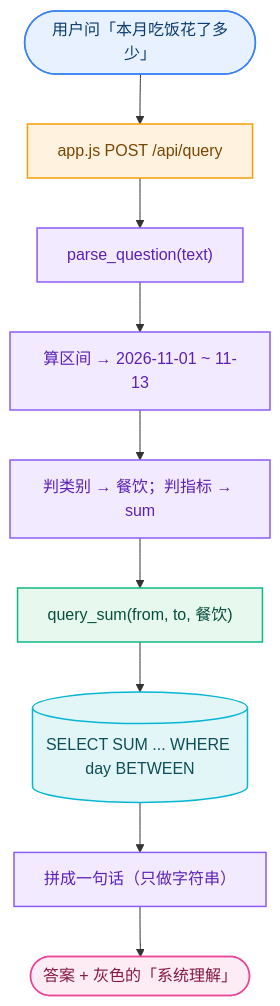
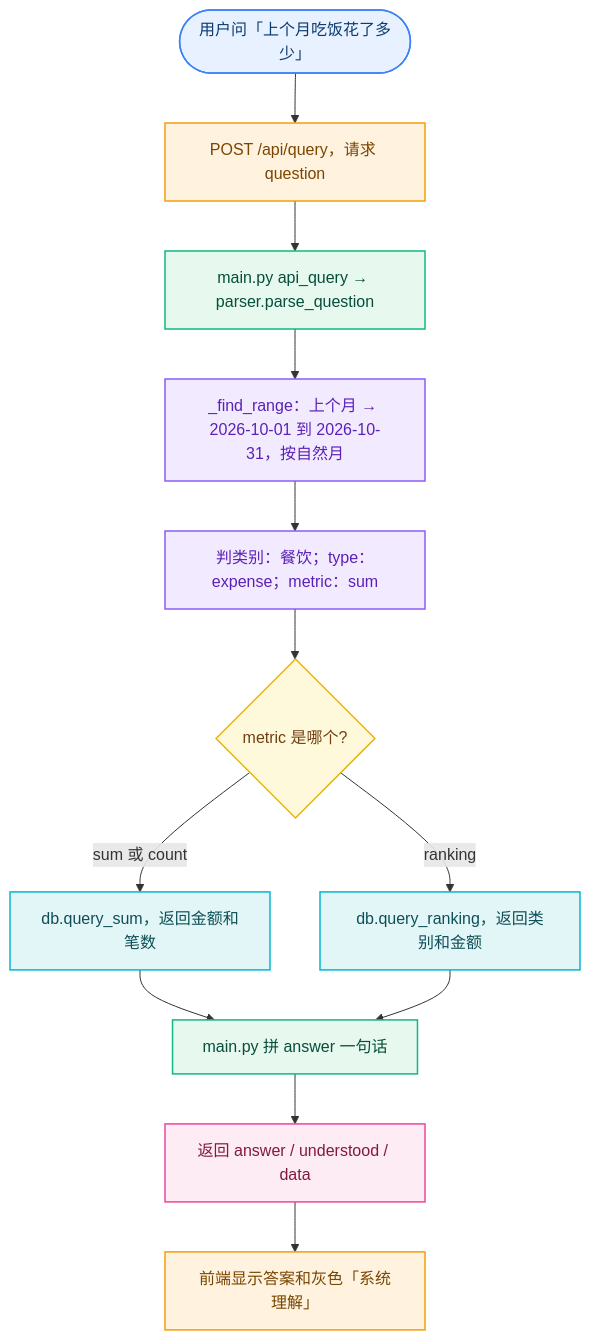
Before and after one commit to me648648648/money-trace-ai: the second of 2 diagrams in docs/流程图.md, drawn with Mermaid. The commit also changed other lines of this file and 3 other files, not shown here.

Commit message:
加 v1 废弃声明、流程图更新到 v2、新增 B/C 返工单

````diff
--- a/docs/流程图.md
+++ b/docs/流程图.md
@@ -46,19 +68,23 @@
 ```mermaid
 %% 和上面同一套配色，紫色那一段就是「理解层」，它只出条件、不算钱
 flowchart TD
-  Q(["用户问「本月吃饭花了多少」"]):::entry --> Q1["app.js POST /api/query"]:::front
-  Q1 --> Q2["parse_question(text)"]:::parse
-  Q2 --> Q3["算区间 → 2026-11-01 ~ 11-13"]:::parse
-  Q3 --> Q4["判类别 → 餐饮；判指标 → sum"]:::parse
-  Q4 --> Q5["query_sum(from, to, 餐饮)"]:::api
-  Q5 --> Q6[("SELECT SUM ... WHERE day BETWEEN")]:::data
-  Q6 --> Q7["拼成一句话（只做字符串）"]:::parse
-  Q7 --> Q8(["答案 + 灰色的「系统理解」"]):::out
+  Q(["用户问「上个月吃饭花了多少」"]):::entry --> Q1["POST /api/query，请求 question"]:::front
+  Q1 --> Q2["main.py api_query → parser.parse_question"]:::api
+  Q2 --> Q3["_find_range：上个月 → 2026-10-01 到 2026-10-31，按自然月"]:::parse
+  Q3 --> Q4["判类别：餐饮；type：expense；metric：sum"]:::parse
+  Q4 --> Q5{"metric 是哪个?"}:::decision
+  Q5 -->|sum 或 count| Q6["db.query_sum，返回金额和笔数"]:::data
+  Q5 -->|ranking| Q7["db.query_ranking，返回类别和金额"]:::data
+  Q6 --> Q8["main.py 拼 answer 一句话"]:::api
+  Q7 --> Q8
+  Q8 --> Q9["返回 answer / understood / data"]:::out
+  Q9 --> Q10["前端显示答案和灰色「系统理解」"]:::front
 
   classDef entry fill:#E8F1FF,stroke:#3B82F6,stroke-width:1.5px,color:#0B3B6F
   classDef front fill:#FFF3E0,stroke:#F59E0B,stroke-width:1.5px,color:#7A4500
+  classDef api fill:#E7F8EF,stroke:#10B981,stroke-width:1.5px,color:#064E3B
   classDef parse fill:#F2EBFF,stroke:#8B5CF6,stroke-width:1.5px,color:#5B21B6
-  classDef api fill:#E7F8EF,stroke:#10B981,stroke-width:1.5px,color:#064E3B
+  classDef out fill:#FDECF3,stroke:#EC4899,stroke-width:1.5px,color:#831843
   classDef data fill:#E3F6F7,stroke:#06B6D4,stroke-width:1.5px,color:#0E4F57
-  classDef out fill:#FDECF3,stroke:#EC4899,stroke-width:1.5px,color:#831843
+  classDef decision fill:#FFF9DB,stroke:#EAB308,stroke-width:1.5px,color:#713F12
 ```
````
